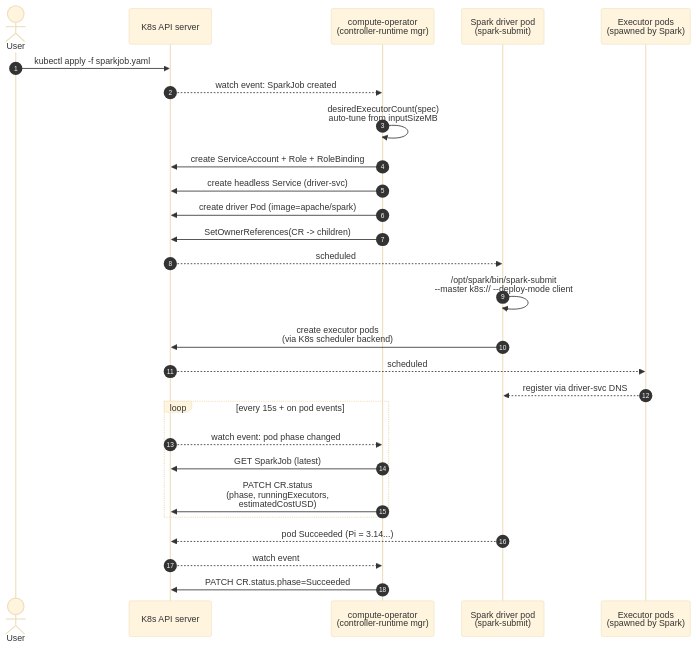
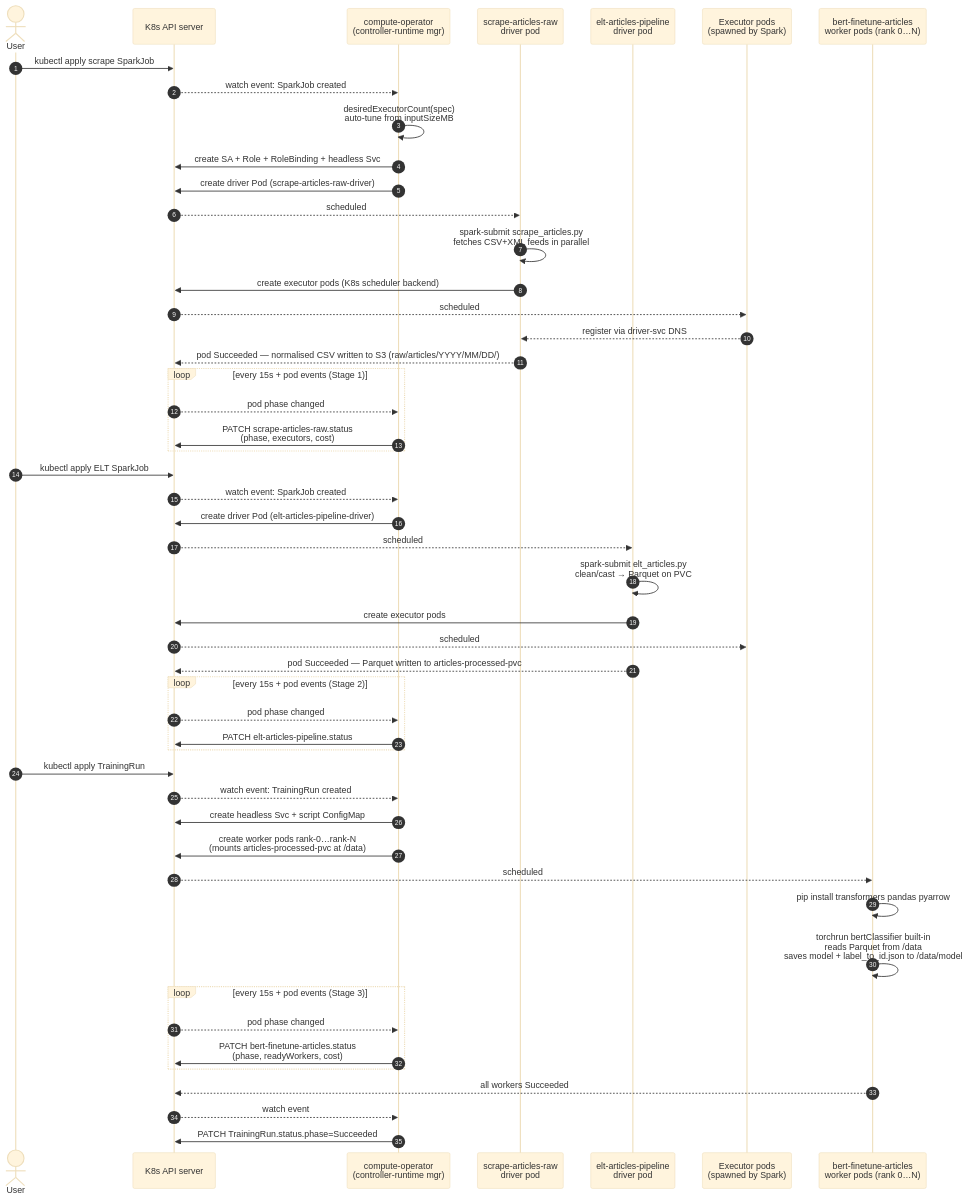
The second of 4 diagrams in README.md (huzaifa678/operator-k8s), drawn with Mermaid (base theme) before and after one commit. The commit also changed other lines of this file and 34 other files, not shown here.

````diff
--- a/README.md
+++ b/README.md
@@ -51,34 +65,59 @@
 ```mermaid
 sequenceDiagram
     autonumber
     actor User
-    participant API as K8s API server
-    participant Ctrl as compute-operator<br/>(controller-runtime mgr)
-    participant Spark as Spark driver pod<br/>(spark-submit)
+    participant API   as K8s API server
+    participant Ctrl  as compute-operator<br/>(controller-runtime mgr)
+    participant S1drv as scrape-articles-raw<br/>driver pod
+    participant S2drv as elt-articles-pipeline<br/>driver pod
     participant Execs as Executor pods<br/>(spawned by Spark)
+    participant TR    as bert-finetune-articles<br/>worker pods (rank 0…N)
 
-    User->>API: kubectl apply -f sparkjob.yaml
+    User->>API: kubectl apply scrape SparkJob
     API-->>Ctrl: watch event: SparkJob created
     Ctrl->>Ctrl: desiredExecutorCount(spec)<br/>auto-tune from inputSizeMB
+    Ctrl->>API: create SA + Role + RoleBinding + headless Svc
+    Ctrl->>API: create driver Pod (scrape-articles-raw-driver)
+    API-->>S1drv: scheduled
+    S1drv->>S1drv: spark-submit scrape_articles.py<br/>fetches CSV+XML feeds in parallel
+    S1drv->>API: create executor pods (K8s scheduler backend)
+    API-->>Execs: scheduled
+    Execs-->>S1drv: register via driver-svc DNS
+    S1drv-->>API: pod Succeeded — normalised CSV written to S3 (raw/articles/YYYY/MM/DD/)
 
-    Ctrl->>API: create ServiceAccount + Role + RoleBinding
-    Ctrl->>API: create headless Service (driver-svc)
-    Ctrl->>API: create driver Pod (image=apache/spark)
-    Ctrl->>API: SetOwnerReferences(CR -> children)
-
-    API-->>Spark: scheduled
-    Spark->>Spark: /opt/spark/bin/spark-submit<br/>--master k8s:// --deploy-mode client
-    Spark->>API: create executor pods<br/>(via K8s scheduler backend)
-    API-->>Execs: scheduled
-    Execs-->>Spark: register via driver-svc DNS
-
-    loop every 15s + on pod events
-        API-->>Ctrl: watch event: pod phase changed
-        Ctrl->>API: GET SparkJob (latest)
-        Ctrl->>API: PATCH CR.status<br/>(phase, runningExecutors,<br/>estimatedCostUSD)
+    loop every 15s + pod events (Stage 1)
+        API-->>Ctrl: pod phase changed
+        Ctrl->>API: PATCH scrape-articles-raw.status<br/>(phase, executors, cost)
     end
 
-    Spark-->>API: pod Succeeded (Pi = 3.14...)
+    User->>API: kubectl apply ELT SparkJob
+    API-->>Ctrl: watch event: SparkJob created
+    Ctrl->>API: create driver Pod (elt-articles-pipeline-driver)
+    API-->>S2drv: scheduled
+    S2drv->>S2drv: spark-submit elt_articles.py<br/>clean/cast → Parquet on PVC
+    S2drv->>API: create executor pods
+    API-->>Execs: scheduled
+    S2drv-->>API: pod Succeeded — Parquet written to articles-processed-pvc
+
+    loop every 15s + pod events (Stage 2)
+        API-->>Ctrl: pod phase changed
+        Ctrl->>API: PATCH elt-articles-pipeline.status
+    end
+
+    User->>API: kubectl apply TrainingRun
+    API-->>Ctrl: watch event: TrainingRun created
+    Ctrl->>API: create headless Svc + script ConfigMap
+    Ctrl->>API: create worker pods rank-0…rank-N<br/>(mounts articles-processed-pvc at /data)
+    API-->>TR: scheduled
+    TR->>TR: pip install transformers pandas pyarrow
+    TR->>TR: torchrun bertClassifier built-in<br/>reads Parquet from /data<br/>saves model + label_to_id.json to /data/model
+
+    loop every 15s + pod events (Stage 3)
+        API-->>Ctrl: pod phase changed
+        Ctrl->>API: PATCH bert-finetune-articles.status<br/>(phase, readyWorkers, cost)
+    end
+
+    TR-->>API: all workers Succeeded
     API-->>Ctrl: watch event
-    Ctrl->>API: PATCH CR.status.phase=Succeeded
+    Ctrl->>API: PATCH TrainingRun.status.phase=Succeeded
 ```
````
